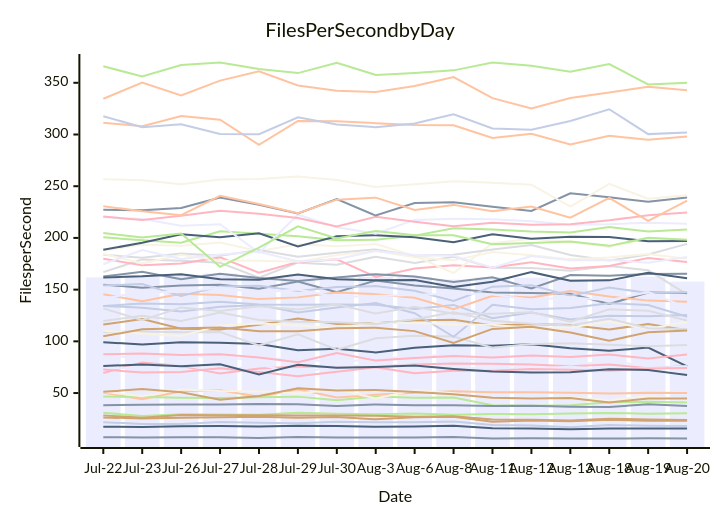
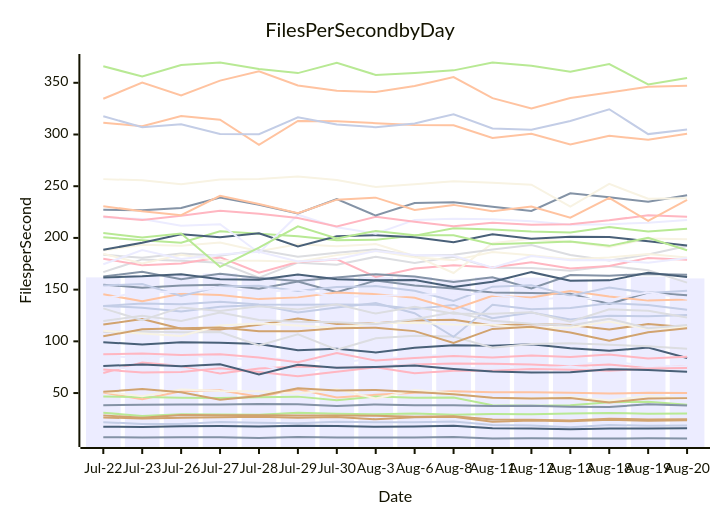
One commit to streetsidesoftware/cspell changed the diagram in perf-report.md. Above: the diagram before and after it, drawn with Mermaid. The commit also changed other lines of this file and 1 other file, not shown here.

````diff
--- a/perf-report.md
+++ b/perf-report.md
@@ -10,57 +10,57 @@
 ```mermaid
 xychart-beta
     title Files Per Second by Day
     y-axis Files per Second
     x-axis Date [Jul-22, Jul-23, Jul-26, Jul-27, Jul-28, Jul-29, Jul-30, Aug-3, Aug-6, Aug-8, Aug-11, Aug-12, Aug-13, Aug-18, Aug-19, Aug-20]
-    bar [161.83, 163.82, 164.32, 165.56, 162.55, 163.67, 162.66, 162.42, 162.15, 159.78, 161.87, 161.59, 160.12, 160.00, 162.54, 157.72]
-    line [7.37, 6.94, 7.34, 7.37, 6.62, 7.52, 6.92, 6.91, 7.06, 7.47, 6.09, 6.22, 6.12, 6.05, 6.23, 6.11]
-    line [50.43, 43.97, 51.67, 52.73, 46.52, 53.63, 45.66, 48.27, 50.39, 51.68, 50.89, 50.88, 50.22, 49.59, 50.25, 49.97]
-    line [166.91, 179.23, 177.92, 175.97, 161.59, 176.09, 174.17, 181.77, 175.87, 181.75, 171.06, 170.80, 168.18, 172.80, 168.69, 145.35]
-    line [46.71, 46.24, 45.49, 45.13, 45.94, 46.54, 43.06, 46.57, 45.56, 45.66, 38.22, 37.79, 38.23, 41.09, 41.54, 40.83]
-    line [26.34, 25.46, 26.08, 26.71, 26.98, 26.19, 26.72, 24.58, 26.54, 27.00, 22.24, 23.36, 22.81, 24.23, 23.27, 23.21]
-    line [21.88, 20.15, 20.04, 21.91, 21.31, 20.80, 22.35, 21.72, 21.80, 22.54, 19.07, 18.54, 16.95, 19.10, 18.27, 18.10]
-    line [179.86, 173.49, 175.22, 181.17, 166.29, 176.78, 179.24, 162.30, 170.51, 173.47, 171.46, 176.49, 170.50, 172.92, 180.52, 176.78]
-    line [99.06, 97.00, 99.07, 98.61, 97.42, 91.49, 92.79, 89.32, 93.72, 96.32, 95.66, 97.25, 93.41, 90.83, 93.92, 75.78]
-    line [51.27, 46.96, 53.48, 52.00, 51.65, 49.61, 53.65, 44.73, 52.88, 49.80, 44.85, 44.73, 46.28, 42.85, 47.12, 43.68]
-    line [86.32, 83.67, 87.12, 83.64, 82.58, 83.71, 79.08, 83.62, 84.88, 87.82, 77.70, 75.58, 76.94, 80.70, 76.26, 74.63]
-    line [154.84, 151.75, 154.10, 154.75, 150.75, 157.93, 147.43, 158.79, 154.00, 151.10, 147.11, 146.86, 146.10, 136.12, 147.29, 146.80]
-    line [334.55, 350.21, 337.72, 352.09, 361.09, 347.33, 342.33, 341.03, 346.90, 355.56, 335.17, 325.27, 335.20, 340.52, 346.23, 342.89]
-    line [108.98, 109.47, 108.84, 109.00, 95.94, 106.70, 91.83, 102.88, 105.40, 104.69, 93.74, 97.45, 98.22, 96.65, 95.35, 96.46]
-    line [200.55, 197.73, 195.25, 206.51, 204.03, 201.53, 197.81, 198.32, 202.22, 209.23, 208.13, 206.12, 205.21, 210.46, 206.31, 208.11]
-    line [116.30, 121.57, 112.16, 111.54, 116.14, 122.06, 116.65, 117.60, 120.09, 120.85, 115.35, 116.69, 115.74, 111.39, 116.78, 110.70]
-    line [134.10, 136.61, 135.79, 138.26, 135.57, 135.43, 135.66, 135.43, 131.19, 135.23, 122.44, 127.81, 121.17, 124.81, 124.18, 125.55]
-    line [69.35, 79.56, 76.05, 68.90, 73.77, 75.65, 74.99, 75.71, 77.66, 78.66, 78.35, 77.65, 75.86, 77.65, 74.07, 76.25]
-    line [17.51, 17.20, 17.96, 18.17, 17.67, 18.43, 18.02, 17.45, 17.65, 18.37, 15.99, 15.64, 15.11, 15.67, 15.78, 15.75]
-    line [187.89, 193.41, 192.42, 195.47, 187.19, 193.79, 191.90, 194.07, 182.58, 166.07, 194.86, 199.17, 196.17, 191.14, 199.41, 198.15]
-    line [73.04, 75.74, 77.07, 71.05, 77.49, 68.74, 76.65, 76.34, 76.92, 73.53, 74.78, 72.96, 75.57, 72.13, 74.31, 75.58]
-    line [38.13, 38.75, 38.94, 38.82, 39.51, 39.23, 37.37, 39.03, 38.14, 38.18, 37.54, 37.60, 36.71, 36.51, 39.25, 37.56]
-    line [311.42, 307.91, 317.83, 314.26, 289.97, 313.11, 312.72, 310.96, 309.18, 308.97, 296.59, 300.81, 290.46, 298.69, 294.82, 297.97]
-    line [183.75, 180.78, 184.81, 182.65, 188.37, 181.75, 185.70, 188.91, 182.68, 183.70, 188.70, 193.07, 183.50, 178.10, 183.95, 194.25]
-    line [31.01, 27.77, 29.48, 29.26, 29.06, 30.88, 29.94, 29.48, 30.19, 29.03, 29.67, 29.60, 30.33, 30.62, 30.06, 30.35]
-    line [51.19, 53.86, 50.78, 43.58, 47.06, 54.57, 52.43, 53.03, 51.13, 48.90, 45.53, 44.69, 45.18, 40.85, 44.70, 44.80]
-    line [134.27, 132.41, 128.75, 133.45, 135.04, 127.98, 132.62, 137.05, 127.16, 104.34, 135.34, 130.97, 132.26, 136.82, 135.16, 123.82]
-    line [72.70, 69.86, 70.37, 73.91, 70.30, 66.36, 70.57, 74.92, 69.05, 71.64, 71.63, 73.23, 72.55, 71.44, 73.71, 74.26]
-    line [188.56, 195.30, 203.49, 200.63, 204.54, 191.76, 201.55, 202.60, 200.71, 195.89, 203.57, 199.20, 201.23, 200.81, 196.78, 196.94]
-    line [110.16, 107.68, 105.10, 115.28, 117.30, 115.27, 112.83, 117.78, 117.94, 116.33, 116.04, 112.64, 113.43, 119.19, 111.93, 118.89]
-    line [219.91, 218.25, 211.67, 213.25, 185.65, 222.45, 210.28, 204.15, 217.44, 218.55, 218.05, 216.13, 212.80, 213.27, 214.61, 213.79]
-    line [162.82, 167.25, 160.14, 165.42, 161.19, 158.31, 161.70, 164.91, 162.58, 157.48, 162.05, 151.08, 164.19, 163.52, 165.17, 165.45]
-    line [145.54, 138.82, 146.01, 144.90, 140.82, 142.51, 147.27, 145.58, 142.12, 131.06, 143.98, 142.41, 148.62, 143.28, 139.37, 138.31]
-    line [131.88, 120.40, 132.81, 129.34, 133.97, 130.74, 135.91, 126.83, 133.33, 126.61, 126.72, 128.04, 119.05, 131.02, 129.61, 120.10]
-    line [365.97, 356.16, 367.24, 369.57, 363.41, 359.37, 369.40, 357.63, 359.56, 362.02, 369.62, 366.45, 360.63, 368.14, 348.34, 349.95]
-    line [28.41, 26.08, 28.71, 28.53, 28.56, 28.21, 28.32, 27.98, 27.09, 27.59, 24.33, 24.19, 23.40, 25.07, 24.48, 24.01]
-    line [317.69, 306.96, 309.97, 300.54, 300.28, 316.56, 309.78, 307.09, 310.74, 319.60, 305.87, 304.71, 313.08, 324.40, 300.37, 301.84]
-    line [220.62, 217.24, 221.48, 226.19, 223.44, 219.34, 210.97, 220.37, 215.62, 211.22, 214.76, 212.79, 213.14, 217.00, 221.94, 224.69]
-    line [76.25, 77.55, 75.81, 77.91, 68.05, 77.31, 74.56, 75.13, 76.66, 73.32, 70.77, 69.86, 70.01, 73.04, 72.36, 67.39]
-    line [184.64, 175.39, 183.80, 178.20, 177.82, 176.95, 183.37, 187.31, 181.39, 178.30, 186.48, 183.29, 179.27, 181.07, 184.49, 179.90]
-    line [174.56, 188.32, 179.58, 184.08, 186.53, 177.20, 179.37, 187.46, 183.38, 182.66, 171.17, 182.41, 178.32, 178.57, 176.08, 181.45]
-    line [227.16, 226.70, 229.01, 239.01, 232.02, 223.69, 237.66, 221.63, 233.74, 234.59, 230.11, 226.13, 243.15, 239.31, 234.89, 239.12]
-    line [230.60, 225.84, 222.04, 240.74, 232.71, 223.95, 236.98, 238.93, 227.08, 231.94, 225.75, 230.29, 219.53, 238.65, 216.52, 236.05]
-    line [119.72, 124.69, 119.65, 127.83, 120.71, 118.86, 118.39, 116.67, 121.26, 128.17, 119.97, 117.10, 115.21, 121.90, 112.74, 111.91]
-    line [204.69, 200.38, 204.18, 172.00, 190.59, 211.20, 199.37, 206.67, 202.54, 202.61, 193.89, 195.05, 196.60, 192.32, 200.16, 198.25]
-    line [104.93, 111.58, 112.75, 113.47, 109.84, 109.80, 112.55, 113.19, 109.88, 98.38, 112.00, 114.17, 108.57, 100.66, 108.77, 110.56]
-    line [153.94, 155.48, 143.79, 152.94, 153.75, 148.60, 152.63, 153.39, 148.93, 139.04, 152.86, 154.13, 144.07, 152.10, 146.68, 147.49]
-    line [87.55, 88.29, 86.90, 87.47, 84.26, 79.87, 88.81, 81.39, 83.97, 85.77, 84.48, 86.21, 84.78, 87.25, 83.34, 87.26]
-    line [161.66, 162.86, 164.94, 160.13, 159.49, 164.72, 159.99, 159.02, 159.32, 152.64, 157.58, 166.90, 158.63, 158.95, 166.31, 161.11]
-    line [256.85, 255.68, 251.95, 256.48, 257.08, 259.44, 255.93, 249.24, 251.79, 254.83, 253.26, 251.44, 230.32, 252.21, 237.84, 241.24]
-    line [141.37, 147.86, 147.77, 151.94, 147.31, 150.10, 142.92, 143.82, 144.85, 146.35, 145.37, 140.27, 142.62, 139.83, 147.55, 132.65]
+    bar [161.83, 163.82, 164.32, 165.56, 162.55, 163.67, 162.66, 162.42, 162.15, 159.78, 161.87, 161.59, 160.12, 160.00, 162.54, 160.82]
+    line [7.37, 6.94, 7.34, 7.37, 6.62, 7.52, 6.92, 6.91, 7.06, 7.47, 6.09, 6.22, 6.12, 6.05, 6.23, 6.09]
+    line [50.43, 43.97, 51.67, 52.73, 46.52, 53.63, 45.66, 48.27, 50.39, 51.68, 50.89, 50.88, 50.22, 49.59, 50.25, 50.03]
+    line [166.91, 179.23, 177.92, 175.97, 161.59, 176.09, 174.17, 181.77, 175.87, 181.75, 171.06, 170.80, 168.18, 172.80, 168.69, 156.73]
+    line [46.71, 46.24, 45.49, 45.13, 45.94, 46.54, 43.06, 46.57, 45.56, 45.66, 38.22, 37.79, 38.23, 41.09, 41.54, 38.59]
+    line [26.34, 25.46, 26.08, 26.71, 26.98, 26.19, 26.72, 24.58, 26.54, 27.00, 22.24, 23.36, 22.81, 24.23, 23.27, 23.59]
+    line [21.88, 20.15, 20.04, 21.91, 21.31, 20.80, 22.35, 21.72, 21.80, 22.54, 19.07, 18.54, 16.95, 19.10, 18.27, 18.74]
+    line [179.86, 173.49, 175.22, 181.17, 166.29, 176.78, 179.24, 162.30, 170.51, 173.47, 171.46, 176.49, 170.50, 172.92, 180.52, 178.78]
+    line [99.06, 97.00, 99.07, 98.61, 97.42, 91.49, 92.79, 89.32, 93.72, 96.32, 95.66, 97.25, 93.41, 90.83, 93.92, 83.91]
+    line [51.27, 46.96, 53.48, 52.00, 51.65, 49.61, 53.65, 44.73, 52.88, 49.80, 44.85, 44.73, 46.28, 42.85, 47.12, 44.69]
+    line [86.32, 83.67, 87.12, 83.64, 82.58, 83.71, 79.08, 83.62, 84.88, 87.82, 77.70, 75.58, 76.94, 80.70, 76.26, 76.41]
+    line [154.84, 151.75, 154.10, 154.75, 150.75, 157.93, 147.43, 158.79, 154.00, 151.10, 147.11, 146.86, 146.10, 136.12, 147.29, 144.63]
+    line [334.55, 350.21, 337.72, 352.09, 361.09, 347.33, 342.33, 341.03, 346.90, 355.56, 335.17, 325.27, 335.20, 340.52, 346.23, 347.14]
+    line [108.98, 109.47, 108.84, 109.00, 95.94, 106.70, 91.83, 102.88, 105.40, 104.69, 93.74, 97.45, 98.22, 96.65, 95.35, 92.84]
+    line [200.55, 197.73, 195.25, 206.51, 204.03, 201.53, 197.81, 198.32, 202.22, 209.23, 208.13, 206.12, 205.21, 210.46, 206.31, 208.96]
+    line [116.30, 121.57, 112.16, 111.54, 116.14, 122.06, 116.65, 117.60, 120.09, 120.85, 115.35, 116.69, 115.74, 111.39, 116.78, 113.71]
+    line [134.10, 136.61, 135.79, 138.26, 135.57, 135.43, 135.66, 135.43, 131.19, 135.23, 122.44, 127.81, 121.17, 124.81, 124.18, 125.47]
+    line [69.35, 79.56, 76.05, 68.90, 73.77, 75.65, 74.99, 75.71, 77.66, 78.66, 78.35, 77.65, 75.86, 77.65, 74.07, 76.09]
+    line [17.51, 17.20, 17.96, 18.17, 17.67, 18.43, 18.02, 17.45, 17.65, 18.37, 15.99, 15.64, 15.11, 15.67, 15.78, 15.86]
+    line [187.89, 193.41, 192.42, 195.47, 187.19, 193.79, 191.90, 194.07, 182.58, 166.07, 194.86, 199.17, 196.17, 191.14, 199.41, 198.71]
+    line [73.04, 75.74, 77.07, 71.05, 77.49, 68.74, 76.65, 76.34, 76.92, 73.53, 74.78, 72.96, 75.57, 72.13, 74.31, 76.20]
+    line [38.13, 38.75, 38.94, 38.82, 39.51, 39.23, 37.37, 39.03, 38.14, 38.18, 37.54, 37.60, 36.71, 36.51, 39.25, 38.04]
+    line [311.42, 307.91, 317.83, 314.26, 289.97, 313.11, 312.72, 310.96, 309.18, 308.97, 296.59, 300.81, 290.46, 298.69, 294.82, 300.68]
+    line [183.75, 180.78, 184.81, 182.65, 188.37, 181.75, 185.70, 188.91, 182.68, 183.70, 188.70, 193.07, 183.50, 178.10, 183.95, 192.12]
+    line [31.01, 27.77, 29.48, 29.26, 29.06, 30.88, 29.94, 29.48, 30.19, 29.03, 29.67, 29.60, 30.33, 30.62, 30.06, 30.32]
+    line [51.19, 53.86, 50.78, 43.58, 47.06, 54.57, 52.43, 53.03, 51.13, 48.90, 45.53, 44.69, 45.18, 40.85, 44.70, 45.09]
+    line [134.27, 132.41, 128.75, 133.45, 135.04, 127.98, 132.62, 137.05, 127.16, 104.34, 135.34, 130.97, 132.26, 136.82, 135.16, 130.52]
+    line [72.70, 69.86, 70.37, 73.91, 70.30, 66.36, 70.57, 74.92, 69.05, 71.64, 71.63, 73.23, 72.55, 71.44, 73.71, 74.27]
+    line [188.56, 195.30, 203.49, 200.63, 204.54, 191.76, 201.55, 202.60, 200.71, 195.89, 203.57, 199.20, 201.23, 200.81, 196.78, 192.62]
+    line [110.16, 107.68, 105.10, 115.28, 117.30, 115.27, 112.83, 117.78, 117.94, 116.33, 116.04, 112.64, 113.43, 119.19, 111.93, 114.00]
+    line [219.91, 218.25, 211.67, 213.25, 185.65, 222.45, 210.28, 204.15, 217.44, 218.55, 218.05, 216.13, 212.80, 213.27, 214.61, 217.28]
+    line [162.82, 167.25, 160.14, 165.42, 161.19, 158.31, 161.70, 164.91, 162.58, 157.48, 162.05, 151.08, 164.19, 163.52, 165.17, 164.35]
+    line [145.54, 138.82, 146.01, 144.90, 140.82, 142.51, 147.27, 145.58, 142.12, 131.06, 143.98, 142.41, 148.62, 143.28, 139.37, 140.53]
+    line [131.88, 120.40, 132.81, 129.34, 133.97, 130.74, 135.91, 126.83, 133.33, 126.61, 126.72, 128.04, 119.05, 131.02, 129.61, 123.08]
+    line [365.97, 356.16, 367.24, 369.57, 363.41, 359.37, 369.40, 357.63, 359.56, 362.02, 369.62, 366.45, 360.63, 368.14, 348.34, 354.65]
+    line [28.41, 26.08, 28.71, 28.53, 28.56, 28.21, 28.32, 27.98, 27.09, 27.59, 24.33, 24.19, 23.40, 25.07, 24.48, 24.64]
+    line [317.69, 306.96, 309.97, 300.54, 300.28, 316.56, 309.78, 307.09, 310.74, 319.60, 305.87, 304.71, 313.08, 324.40, 300.37, 304.78]
+    line [220.62, 217.24, 221.48, 226.19, 223.44, 219.34, 210.97, 220.37, 215.62, 211.22, 214.76, 212.79, 213.14, 217.00, 221.94, 220.45]
+    line [76.25, 77.55, 75.81, 77.91, 68.05, 77.31, 74.56, 75.13, 76.66, 73.32, 70.77, 69.86, 70.01, 73.04, 72.36, 70.62]
+    line [184.64, 175.39, 183.80, 178.20, 177.82, 176.95, 183.37, 187.31, 181.39, 178.30, 186.48, 183.29, 179.27, 181.07, 184.49, 180.99]
+    line [174.56, 188.32, 179.58, 184.08, 186.53, 177.20, 179.37, 187.46, 183.38, 182.66, 171.17, 182.41, 178.32, 178.57, 176.08, 180.57]
+    line [227.16, 226.70, 229.01, 239.01, 232.02, 223.69, 237.66, 221.63, 233.74, 234.59, 230.11, 226.13, 243.15, 239.31, 234.89, 241.23]
+    line [230.60, 225.84, 222.04, 240.74, 232.71, 223.95, 236.98, 238.93, 227.08, 231.94, 225.75, 230.29, 219.53, 238.65, 216.52, 236.75]
+    line [119.72, 124.69, 119.65, 127.83, 120.71, 118.86, 118.39, 116.67, 121.26, 128.17, 119.97, 117.10, 115.21, 121.90, 112.74, 115.76]
+    line [204.69, 200.38, 204.18, 172.00, 190.59, 211.20, 199.37, 206.67, 202.54, 202.61, 193.89, 195.05, 196.60, 192.32, 200.16, 188.13]
+    line [104.93, 111.58, 112.75, 113.47, 109.84, 109.80, 112.55, 113.19, 109.88, 98.38, 112.00, 114.17, 108.57, 100.66, 108.77, 112.72]
+    line [153.94, 155.48, 143.79, 152.94, 153.75, 148.60, 152.63, 153.39, 148.93, 139.04, 152.86, 154.13, 144.07, 152.10, 146.68, 148.87]
+    line [87.55, 88.29, 86.90, 87.47, 84.26, 79.87, 88.81, 81.39, 83.97, 85.77, 84.48, 86.21, 84.78, 87.25, 83.34, 85.16]
+    line [161.66, 162.86, 164.94, 160.13, 159.49, 164.72, 159.99, 159.02, 159.32, 152.64, 157.58, 166.90, 158.63, 158.95, 166.31, 162.23]
+    line [256.85, 255.68, 251.95, 256.48, 257.08, 259.44, 255.93, 249.24, 251.79, 254.83, 253.26, 251.44, 230.32, 252.21, 237.84, 238.36]
+    line [141.37, 147.86, 147.77, 151.94, 147.31, 150.10, 142.92, 143.82, 144.85, 146.35, 145.37, 140.27, 142.62, 139.83, 147.55, 141.21]
 ```
````
